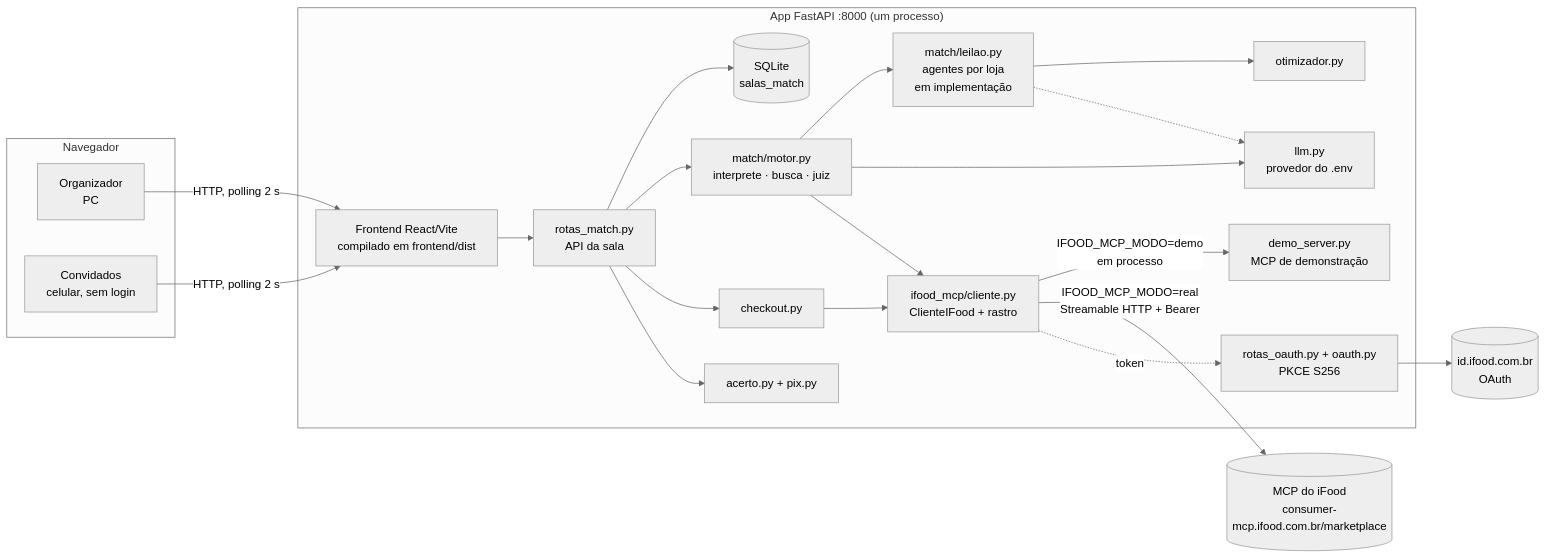
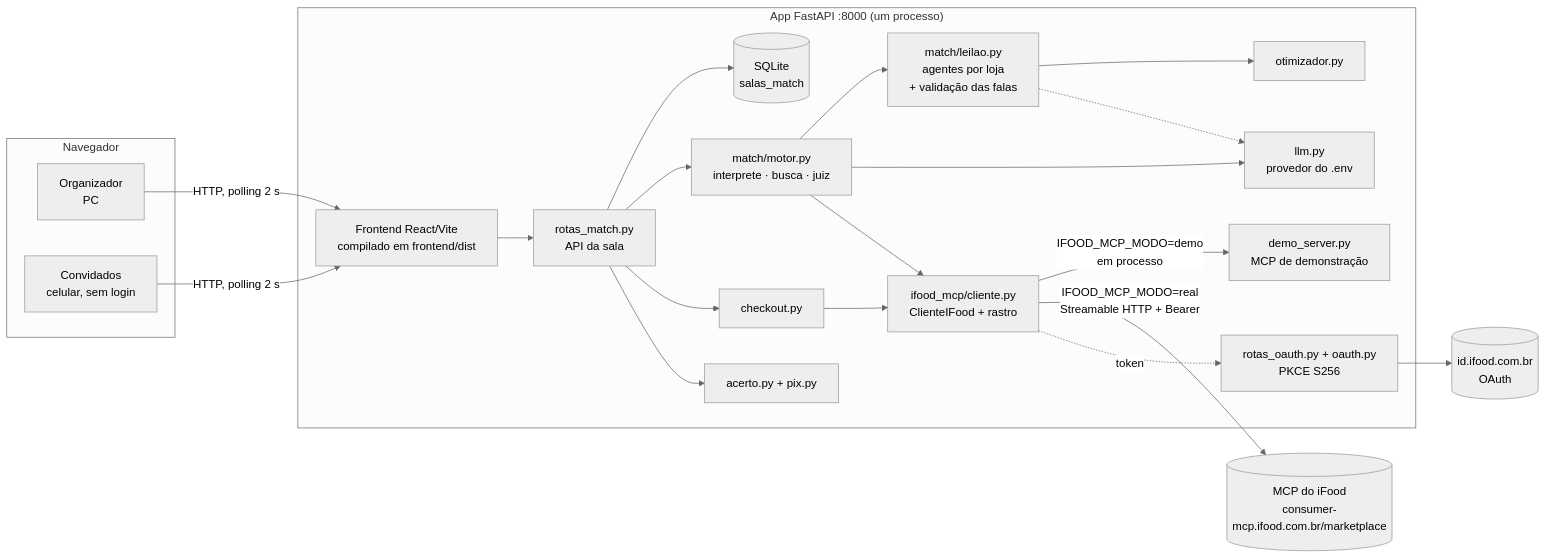
Before and after one commit to scorpion-bits/Hackaton-Ifood: the first of 5 diagrams in docs/tecnico.md, drawn with Mermaid (neutral theme). The commit also changed other lines of this file and 4 other files, not shown here.

````diff
--- a/docs/tecnico.md
+++ b/docs/tecnico.md
@@ -26,37 +26,37 @@
 ```mermaid
 flowchart LR
   subgraph Navegador
     ORG[Organizador<br/>PC]
     CONV[Convidados<br/>celular, sem login]
   end
   subgraph App["App FastAPI :8000 (um processo)"]
     FRONT[Frontend React/Vite<br/>compilado em frontend/dist]
     API[rotas_match.py<br/>API da sala]
     OAUTH[rotas_oauth.py + oauth.py<br/>PKCE S256]
     SALA[(SQLite<br/>salas_match)]
     MOTOR[match/motor.py<br/>interprete · busca · juiz]
-    LEILAO[match/leilao.py<br/>agentes por loja<br/>em implementação]
+    LEILAO[match/leilao.py<br/>agentes por loja<br/>+ validação das falas]
     OTIM[otimizador.py]
     CHK[checkout.py]
     ACERTO[acerto.py + pix.py]
     LLM[llm.py<br/>provedor do .env]
     CLI[ifood_mcp/cliente.py<br/>ClienteIFood + rastro]
     DEMO[demo_server.py<br/>MCP de demonstração]
   end
   IFOOD[(MCP do iFood<br/>consumer-mcp.ifood.com.br/marketplace)]
   ID[(id.ifood.com.br<br/>OAuth)]
 
   ORG & CONV -->|HTTP, polling 2 s| FRONT --> API
   API --> SALA
   API --> MOTOR --> LEILAO --> OTIM
   MOTOR --> LLM
   LEILAO -.-> LLM
   API --> CHK
   API --> ACERTO
   MOTOR --> CLI
   CHK --> CLI
   CLI -->|IFOOD_MCP_MODO=demo<br/>em processo| DEMO
   CLI -->|IFOOD_MCP_MODO=real<br/>Streamable HTTP + Bearer| IFOOD
   OAUTH --> ID
   CLI -.token.-> OAUTH
 ```
````
